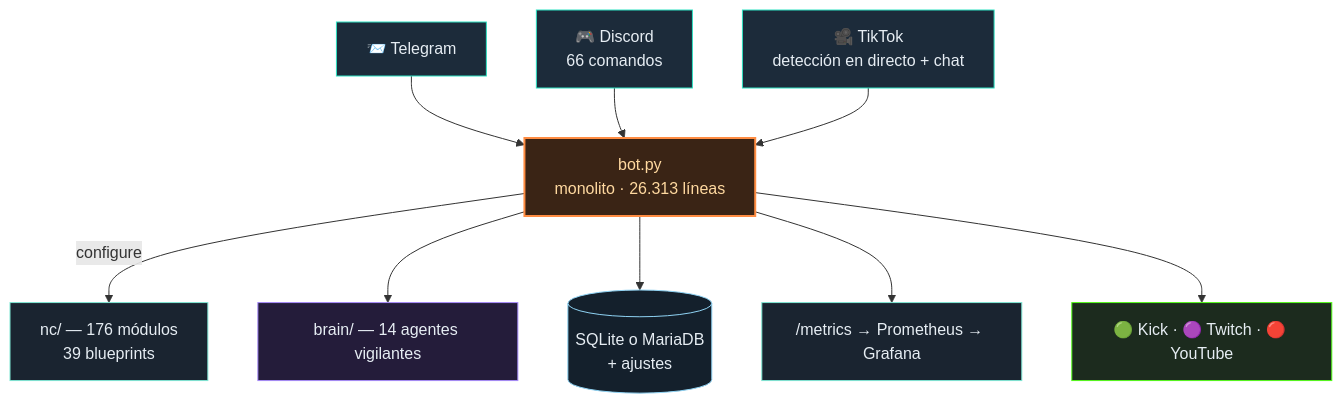
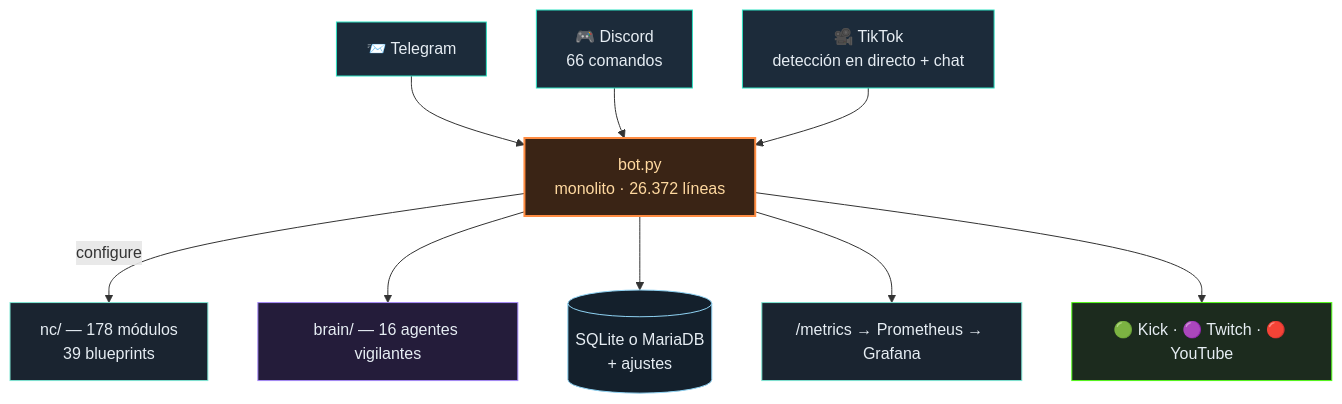
Before and after one commit to itsamemedev/Telegram-Stream-Info-Bot: the diagram in README.es.md, drawn with Mermaid. The commit also changed other lines of this file and 35 other files, not shown here.

````diff
--- a/README.es.md
+++ b/README.es.md
@@ -64,18 +64,18 @@
 ```mermaid
 flowchart TB
     TG["📨 Telegram"]:::ein --> BOT
     DC["🎮 Discord<br/>66 comandos"]:::ein --> BOT
     TT["🎥 TikTok<br/>detección en directo + chat"]:::ein --> BOT
-    BOT["bot.py<br/>monolito · 26.313 líneas"]:::core
-    BOT -->|configure| NC["nc/ — 176 módulos<br/>39 blueprints"]:::lib
-    BOT --> BRAIN["brain/ — 14 agentes vigilantes"]:::brain
+    BOT["bot.py<br/>monolito · 26.372 líneas"]:::core
+    BOT -->|configure| NC["nc/ — 178 módulos<br/>39 blueprints"]:::lib
+    BOT --> BRAIN["brain/ — 16 agentes vigilantes"]:::brain
     BOT --> DB[("SQLite o MariaDB<br/>+ ajustes")]:::db
     BOT --> PROM["/metrics → Prometheus → Grafana"]:::lib
     BOT --> OUT["🟢 Kick · 🟣 Twitch · 🔴 YouTube"]:::out
     classDef ein fill:#1c2b3a,stroke:#2de1c2,color:#e6edf3
     classDef core fill:#3a2415,stroke:#ff8c42,stroke-width:2px,color:#ffd9a0
     classDef lib fill:#1a2430,stroke:#7fe7d4,color:#e6edf3
     classDef brain fill:#241c3a,stroke:#a78bfa,color:#e6edf3
     classDef db fill:#14202c,stroke:#8fd3f4,color:#e6edf3
     classDef out fill:#1c2b1e,stroke:#53fc18,color:#e6edf3
 ```
````
